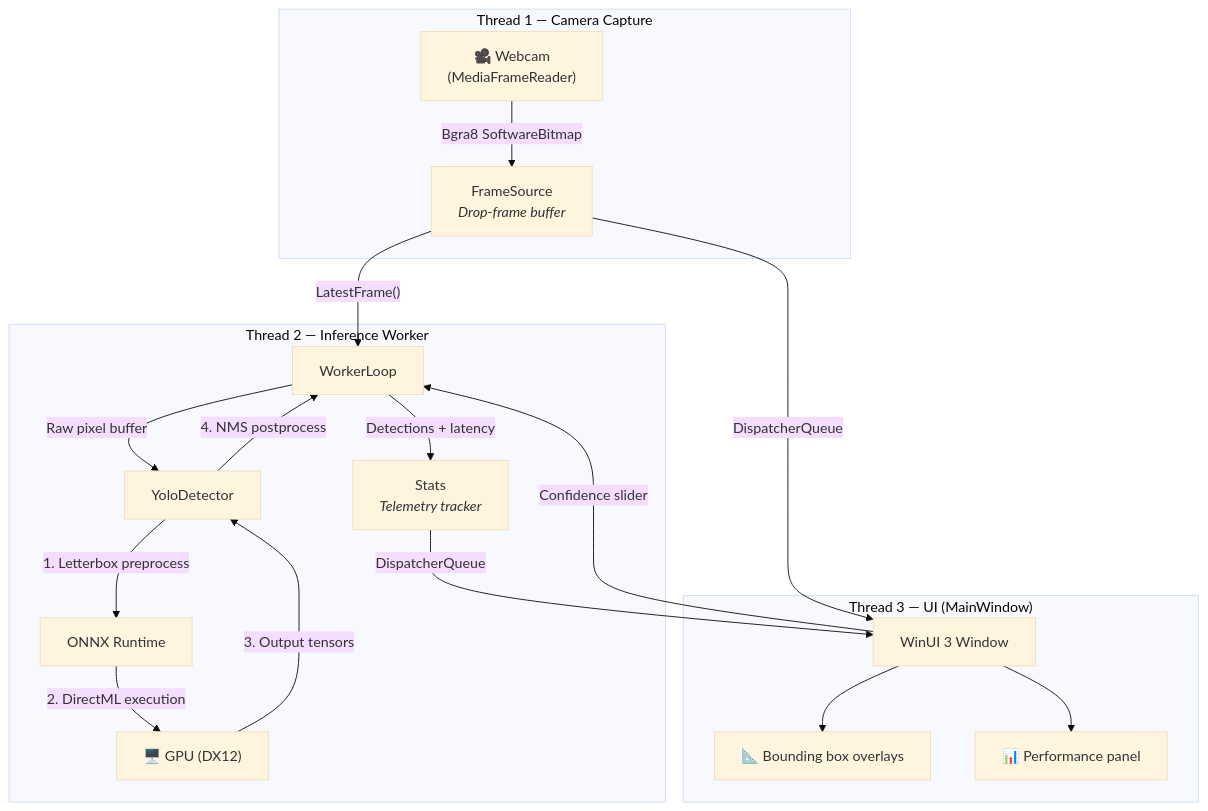
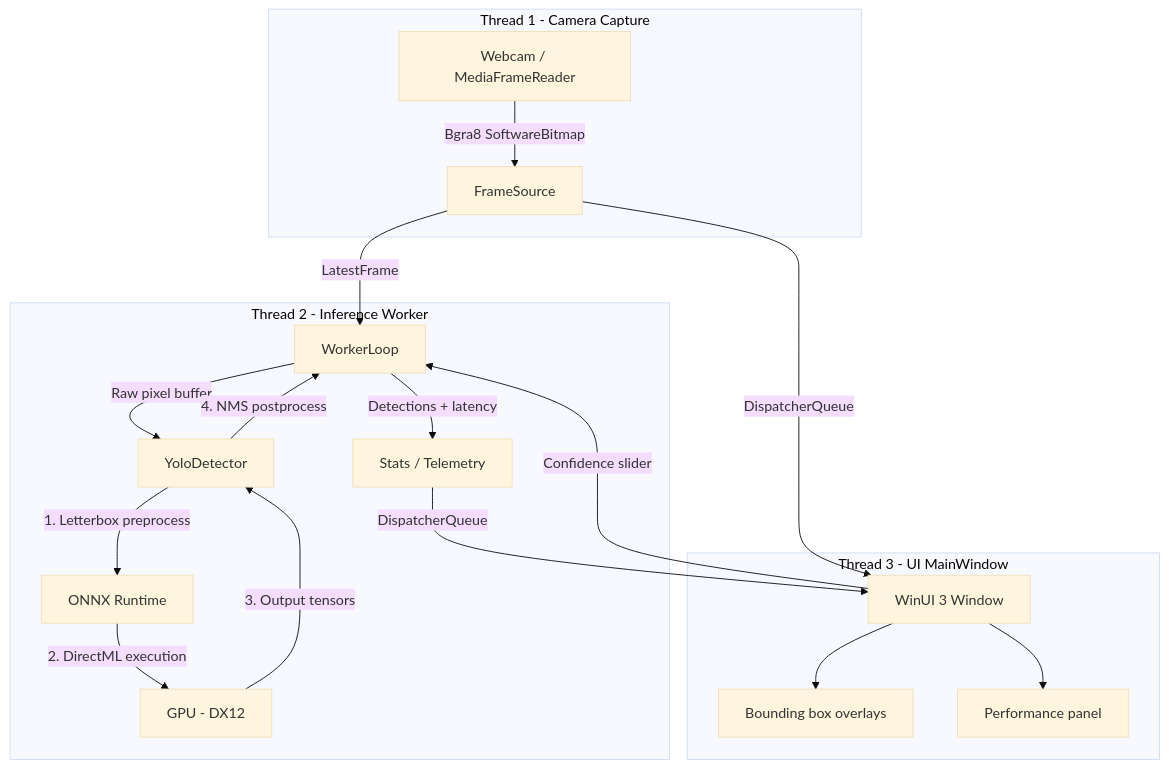
The diagram in README.md (martian7777/onnx), drawn with Mermaid (base theme) before and after one commit. The commit also changed other lines of this file, not shown here.

````diff
--- a/README.md
+++ b/README.md
@@ -87,24 +87,24 @@
 ```mermaid
 graph TD
-    subgraph "Thread 1 — Camera Capture"
-        cam["🎥 Webcam<br/>(MediaFrameReader)"] -->|"Bgra8 SoftwareBitmap"| fs["FrameSource<br/><i>Drop-frame buffer</i>"]
+    subgraph "Thread 1 - Camera Capture"
+        cam["Webcam / MediaFrameReader"] -->|"Bgra8 SoftwareBitmap"| fs["FrameSource"]
     end
 
-    subgraph "Thread 2 — Inference Worker"
-        fs -->|"LatestFrame()"| worker["WorkerLoop"]
+    subgraph "Thread 2 - Inference Worker"
+        fs -->|"LatestFrame"| worker["WorkerLoop"]
         worker -->|"Raw pixel buffer"| det["YoloDetector"]
         det -->|"1. Letterbox preprocess"| ort["ONNX Runtime"]
-        ort -->|"2. DirectML execution"| gpu["🖥️ GPU (DX12)"]
+        ort -->|"2. DirectML execution"| gpu["GPU - DX12"]
         gpu -->|"3. Output tensors"| det
         det -->|"4. NMS postprocess"| worker
-        worker -->|"Detections + latency"| stats["Stats<br/><i>Telemetry tracker</i>"]
+        worker -->|"Detections + latency"| stats["Stats / Telemetry"]
     end
 
-    subgraph "Thread 3 — UI (MainWindow)"
+    subgraph "Thread 3 - UI MainWindow"
         stats -->|"DispatcherQueue"| win["WinUI 3 Window"]
         fs -->|"DispatcherQueue"| win
-        win --> canvas["📐 Bounding box overlays"]
-        win --> panel["📊 Performance panel"]
+        win --> canvas["Bounding box overlays"]
+        win --> panel["Performance panel"]
         win -->|"Confidence slider"| worker
     end
 ```
````
